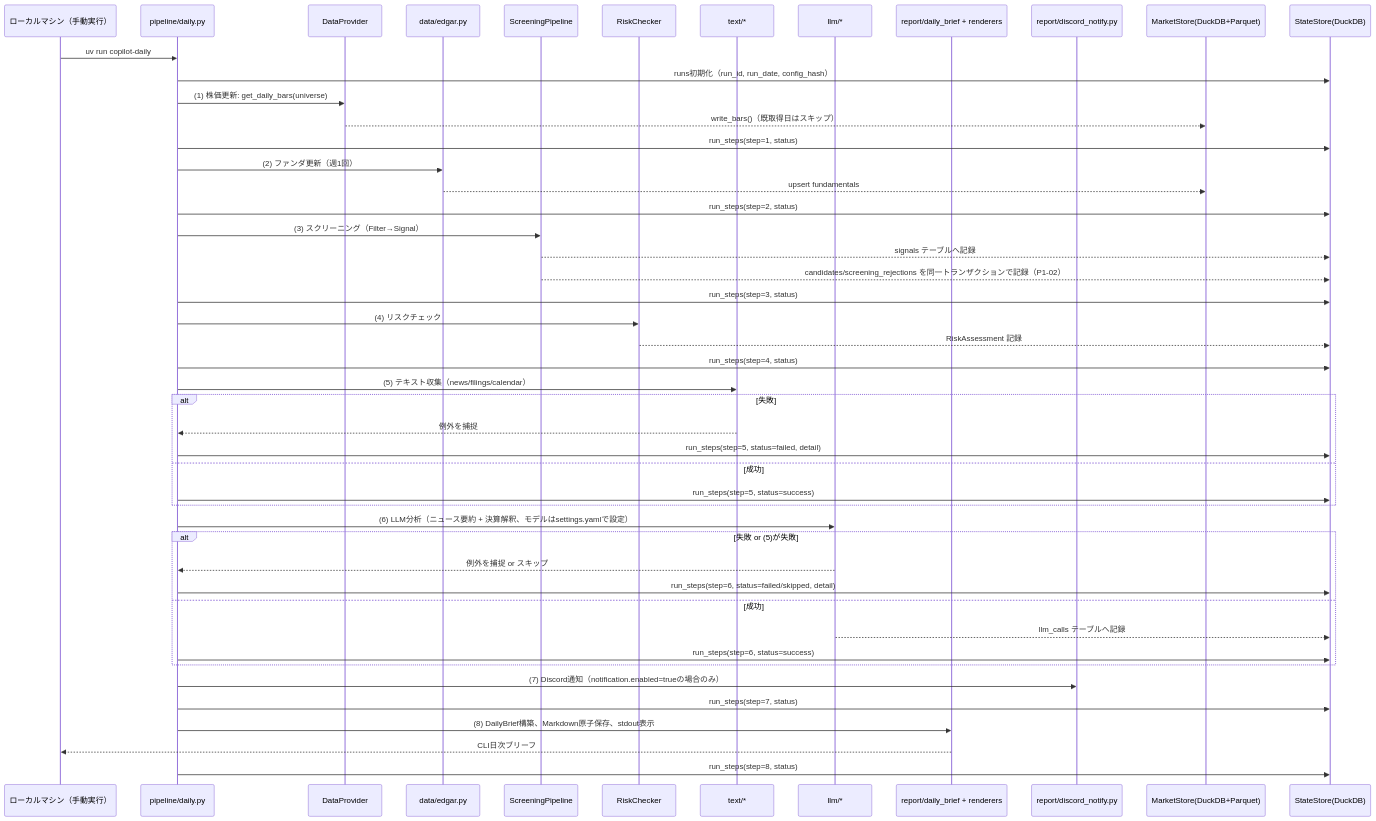
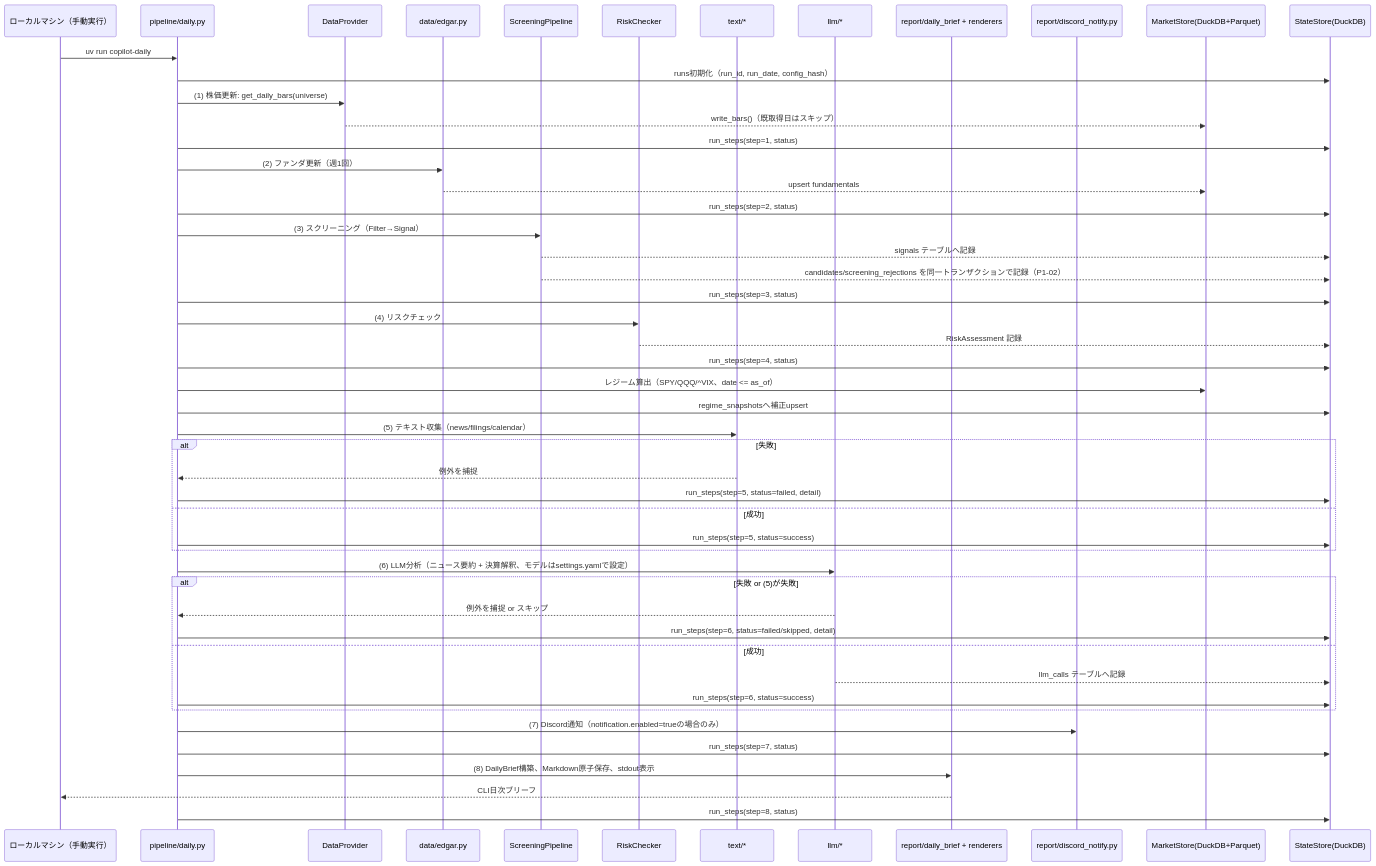
Before and after one commit to tomada1114/swing-copilot: the second of 2 diagrams in docs/03_basic_design.md, drawn with Mermaid. The commit also changed other lines of this file and 36 other files, not shown here.

````diff
--- a/docs/03_basic_design.md
+++ b/docs/03_basic_design.md
@@ -139,59 +144,62 @@
 ```mermaid
 sequenceDiagram
     participant Local as ローカルマシン（手動実行）
     participant D as pipeline/daily.py
     participant DP as DataProvider
     participant EDG as data/edgar.py
     participant SCR as ScreeningPipeline
     participant RC as RiskChecker
     participant TXT as text/*
     participant LLM as llm/*
     participant OUT as report/daily_brief + renderers
     participant DC as report/discord_notify.py
     participant MS as MarketStore(DuckDB+Parquet)
     participant ST as StateStore(DuckDB)
 
     Local->>D: uv run copilot-daily
     D->>ST: runs初期化（run_id, run_date, config_hash）
 
     D->>DP: (1) 株価更新: get_daily_bars(universe)
     DP-->>MS: write_bars()（既取得日はスキップ）
     D->>ST: run_steps(step=1, status)
 
     D->>EDG: (2) ファンダ更新（週1回）
     EDG-->>MS: upsert fundamentals
     D->>ST: run_steps(step=2, status)
 
     D->>SCR: (3) スクリーニング（Filter→Signal）
     SCR-->>ST: signals テーブルへ記録
     SCR-->>ST: candidates/screening_rejections を同一トランザクションで記録（P1-02）
     D->>ST: run_steps(step=3, status)
 
     D->>RC: (4) リスクチェック
     RC-->>ST: RiskAssessment 記録
     D->>ST: run_steps(step=4, status)
 
+    D->>MS: レジーム算出（SPY/QQQ/^VIX、date <= as_of）
+    D->>ST: regime_snapshotsへ補正upsert
+
     D->>TXT: (5) テキスト収集（news/filings/calendar）
     alt 失敗
         TXT-->>D: 例外を捕捉
         D->>ST: run_steps(step=5, status=failed, detail)
     else 成功
         D->>ST: run_steps(step=5, status=success)
     end
 
     D->>LLM: (6) LLM分析（ニュース要約 + 決算解釈、モデルはsettings.yamlで設定）
     alt 失敗 or (5)が失敗
         LLM-->>D: 例外を捕捉 or スキップ
         D->>ST: run_steps(step=6, status=failed/skipped, detail)
     else 成功
         LLM-->>ST: llm_calls テーブルへ記録
         D->>ST: run_steps(step=6, status=success)
     end
 
     D->>DC: (7) Discord通知（notification.enabled=trueの場合のみ）
     D->>ST: run_steps(step=7, status)
 
     D->>OUT: (8) DailyBrief構築、Markdown原子保存、stdout表示
     OUT-->>Local: CLI日次ブリーフ
     D->>ST: run_steps(step=8, status)
 ```
````
